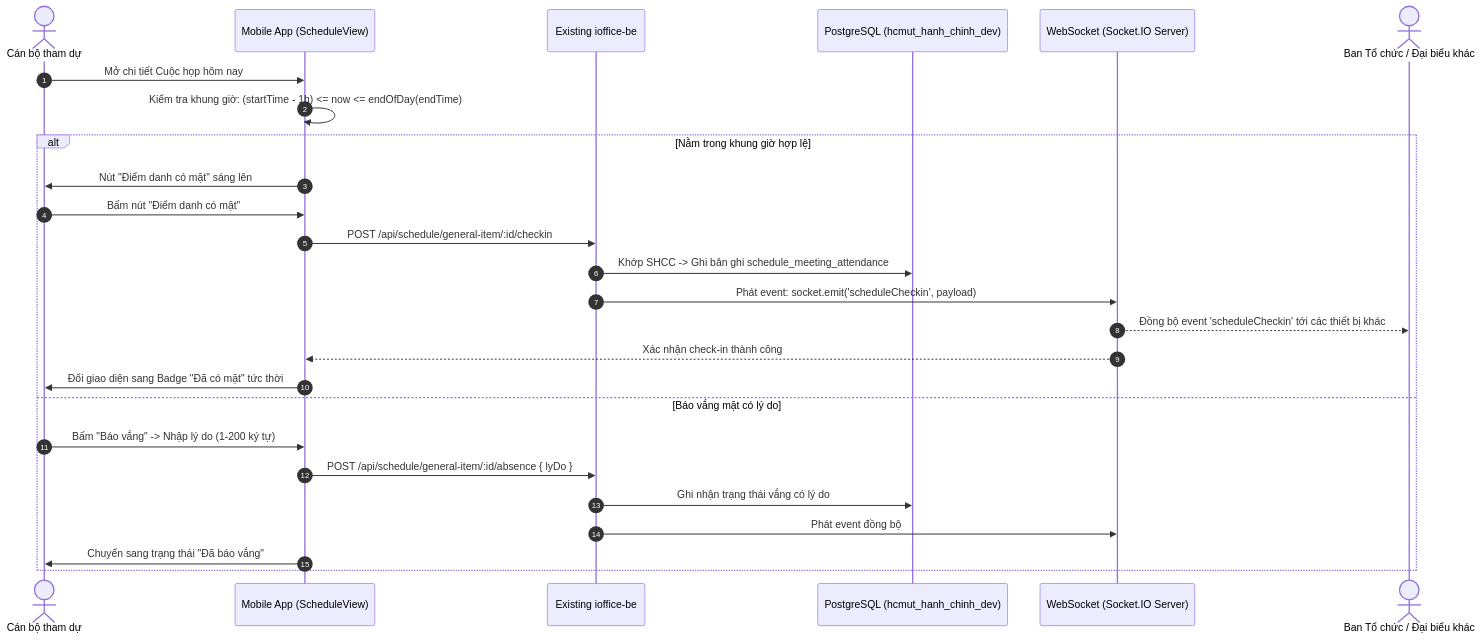
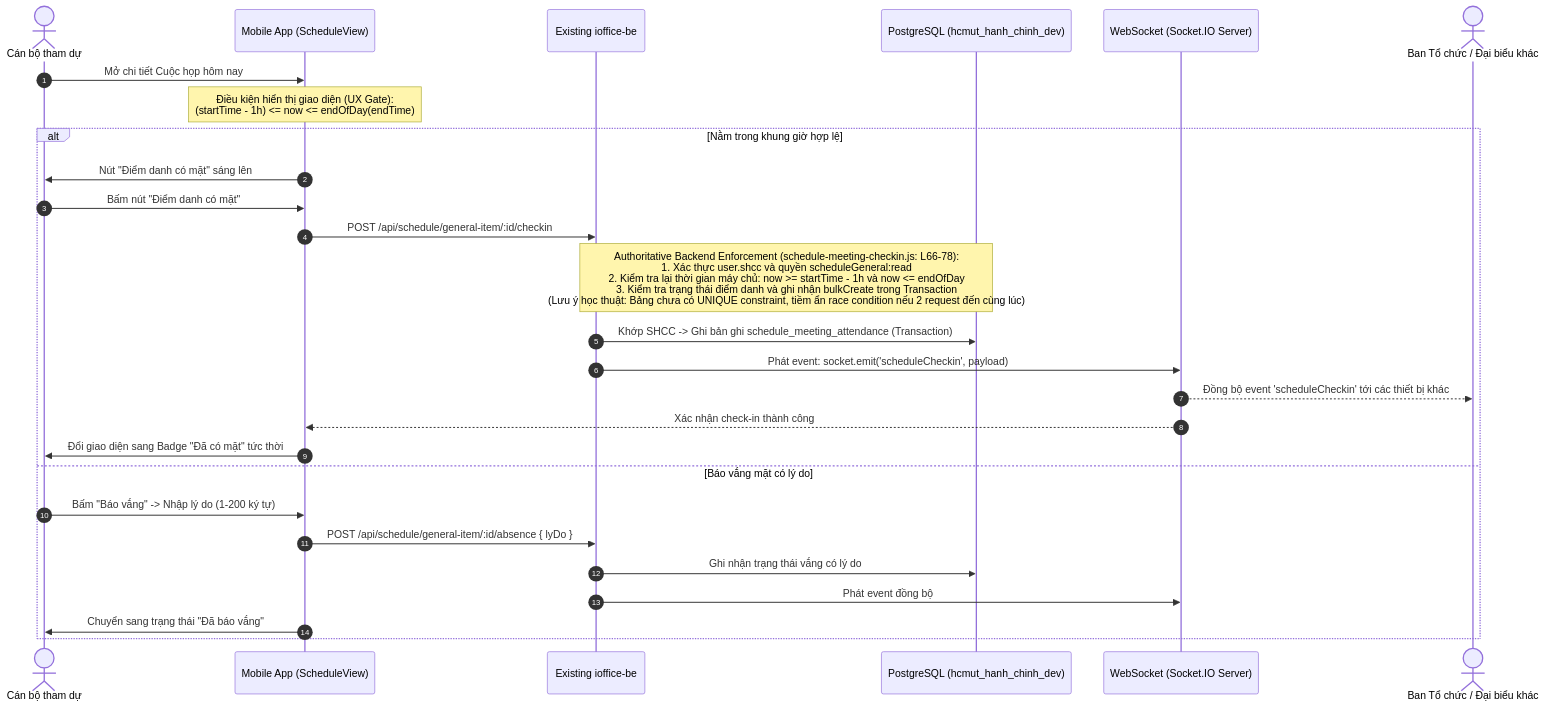
Before and after one commit to xchinh/Report-DATN: the seventh of 7 diagrams in docs/SYSTEM_OPERATION.md, drawn with Mermaid. The commit also changed other lines of this file and 68 other files, not shown here.

````diff
--- a/docs/SYSTEM_OPERATION.md
+++ b/docs/SYSTEM_OPERATION.md
@@ -260,30 +459,31 @@
 ```mermaid
 sequenceDiagram
     autonumber
     actor CB as Cán bộ tham dự
     participant Mobile as Mobile App (ScheduleView)
     participant iOffice as Existing ioffice-be
     participant DB as PostgreSQL (hcmut_hanh_chinh_dev)
     participant Socket as WebSocket (Socket.IO Server)
     actor BTC as Ban Tổ chức / Đại biểu khác
 
     CB->>Mobile: Mở chi tiết Cuộc họp hôm nay
-    Mobile->>Mobile: Kiểm tra khung giờ: (startTime - 1h) <= now <= endOfDay(endTime)
+    Note over Mobile: Điều kiện hiển thị giao diện (UX Gate):<br>(startTime - 1h) <= now <= endOfDay(endTime)
     
     alt Nằm trong khung giờ hợp lệ
         Mobile->>CB: Nút "Điểm danh có mặt" sáng lên
         CB->>Mobile: Bấm nút "Điểm danh có mặt"
         Mobile->>iOffice: POST /api/schedule/general-item/:id/checkin
-        iOffice->>DB: Khớp SHCC -> Ghi bản ghi schedule_meeting_attendance
+        Note over iOffice,DB: Authoritative Backend Enforcement (schedule-meeting-checkin.js: L66-78):<br>1. Xác thực user.shcc và quyền scheduleGeneral:read<br>2. Kiểm tra lại thời gian máy chủ: now >= startTime - 1h và now <= endOfDay<br>3. Kiểm tra trạng thái điểm danh và ghi nhận bulkCreate trong Transaction<br>(Lưu ý học thuật: Bảng chưa có UNIQUE constraint, tiềm ẩn race condition nếu 2 request đến cùng lúc)
+        iOffice->>DB: Khớp SHCC -> Ghi bản ghi schedule_meeting_attendance (Transaction)
         iOffice->>Socket: Phát event: socket.emit('scheduleCheckin', payload)
         Socket-->>BTC: Đồng bộ event 'scheduleCheckin' tới các thiết bị khác
         Socket-->>Mobile: Xác nhận check-in thành công
         Mobile->>CB: Đổi giao diện sang Badge "Đã có mặt" tức thời
     else Báo vắng mặt có lý do
         CB->>Mobile: Bấm "Báo vắng" -> Nhập lý do (1-200 ký tự)
         Mobile->>iOffice: POST /api/schedule/general-item/:id/absence { lyDo }
         iOffice->>DB: Ghi nhận trạng thái vắng có lý do
         iOffice->>Socket: Phát event đồng bộ
         Mobile->>CB: Chuyển sang trạng thái "Đã báo vắng"
     end
 ```
````
